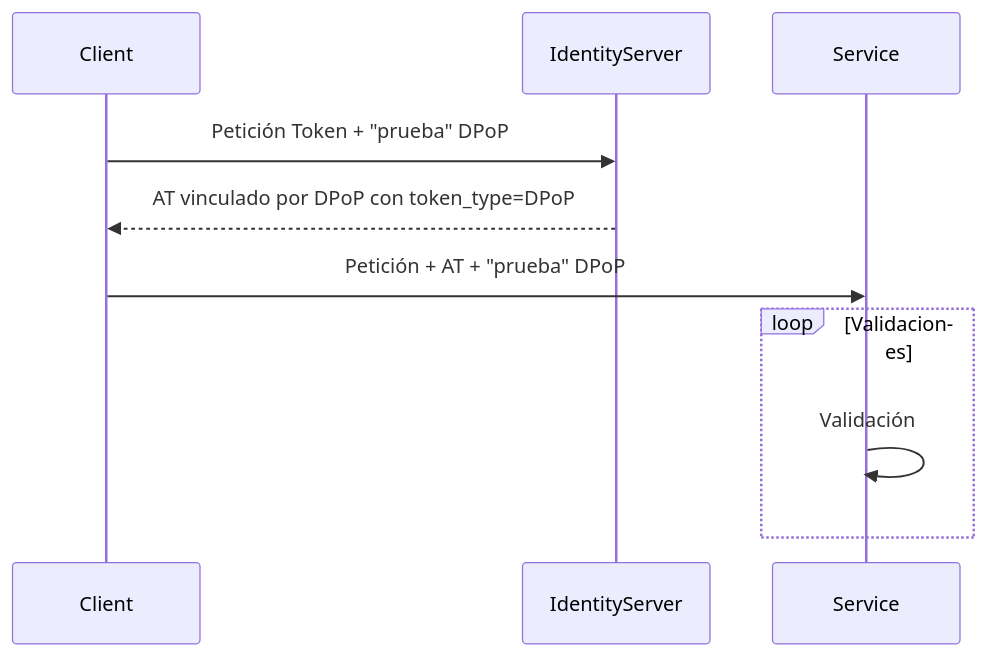
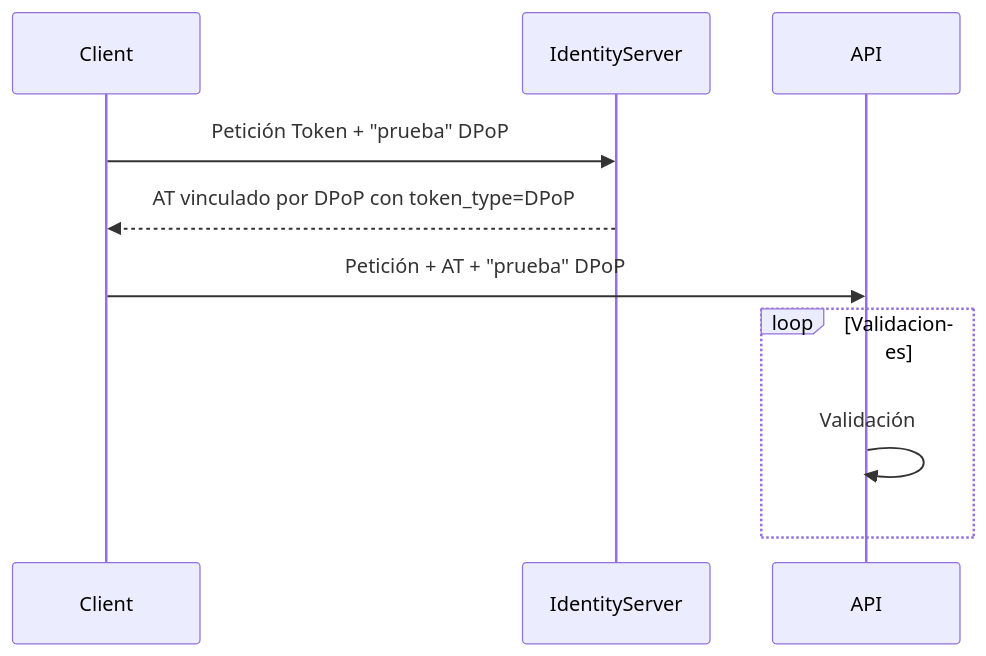
Before and after one commit to virubiotor/authentication-made-simple: the diagram in docs/dpop.md, drawn with Mermaid. The commit also changed 2 other files, not shown here.

Commit message:
docs: small updates in flows diagrams

````diff
--- a/docs/dpop.md
+++ b/docs/dpop.md
@@ -1,13 +1,13 @@
 ```mermaid
 sequenceDiagram
     participant Client
     participant IdentityServer
-    participant Service
+    participant API
 
     Client->>IdentityServer: Petición Token + "prueba" DPoP
     IdentityServer-->>Client: AT vinculado por DPoP con token_type=DPoP
-    Client->>Service: Petición + AT + "prueba" DPoP 
+    Client->>API: Petición + AT + "prueba" DPoP 
     loop Validaciones
-        Service->>Service: Validación
+        API->>API: Validación
     end
 ```
````
